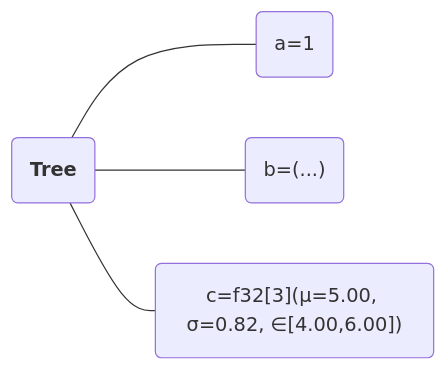
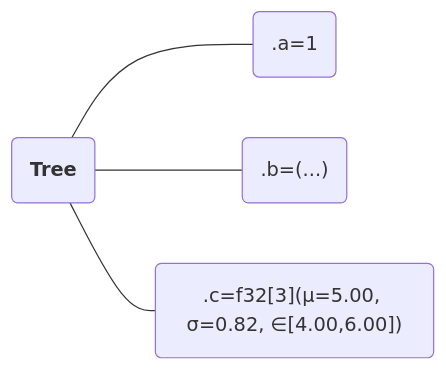
The first of 2 diagrams in README.md (ASEM000/pytreeclass), drawn with Mermaid before and after one commit. The commit also changed other lines of this file and 13 other files, not shown here.

````diff
--- a/README.md
+++ b/README.md
@@ -193,8 +191,8 @@
 ```mermaid
 
 flowchart LR
     id0(<b>Tree</b>)
-    id0 --- id1("</b>a=1</b>")
-    id0 --- id2("</b>b=(...)</b>")
-    id0 --- id3("</b>c=f32[3](μ=5.00, σ=0.82, ∈[4.00,6.00])</b>")
+    id0 --- id1("</b>.a=1</b>")
+    id0 --- id2("</b>.b=(...)</b>")
+    id0 --- id3("</b>.c=f32[3](μ=5.00, σ=0.82, ∈[4.00,6.00])</b>")
 ```
````
